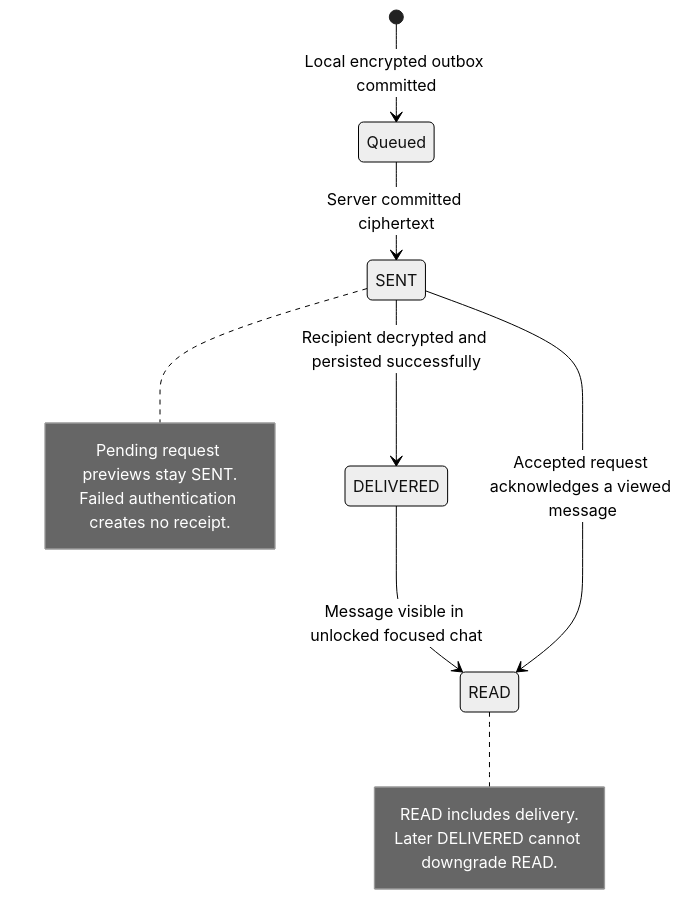
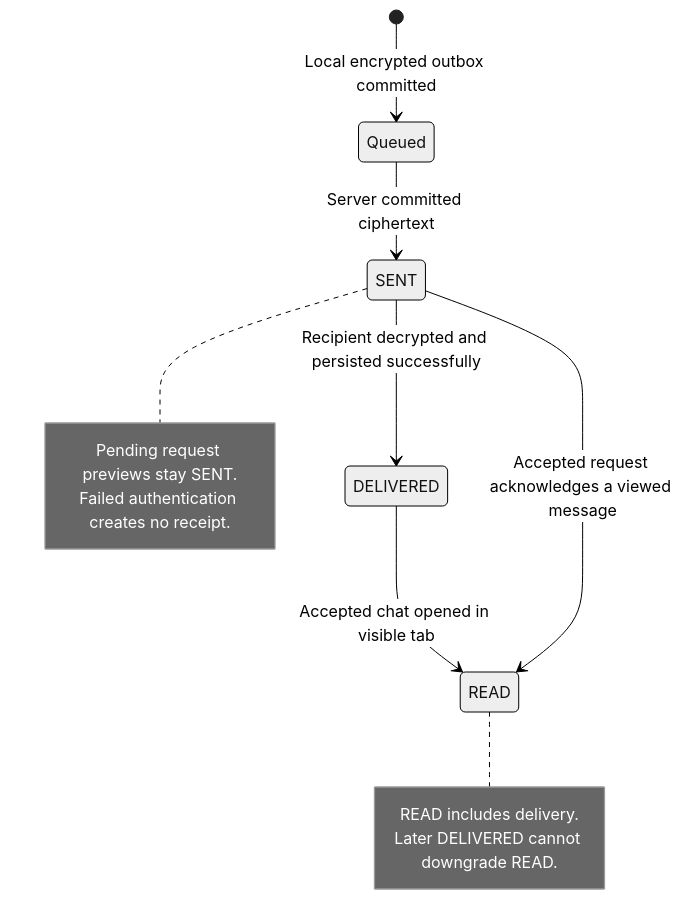
Before and after one commit to kwonnet/kwonserver: the fourth of 7 diagrams in docs/e2ee-messaging-implementation.md, drawn with Mermaid (neutral theme). The commit also changed other lines of this file and 6 other files, not shown here.

````diff
--- a/docs/e2ee-messaging-implementation.md
+++ b/docs/e2ee-messaging-implementation.md
@@ -112,16 +112,16 @@
 ```mermaid
 stateDiagram-v2
   [*] --> Queued: Local encrypted outbox committed
   Queued --> SENT: Server committed ciphertext
   SENT --> DELIVERED: Recipient decrypted and persisted successfully
-  DELIVERED --> READ: Message visible in unlocked focused chat
+  DELIVERED --> READ: Accepted chat opened in visible tab
   SENT --> READ: Accepted request acknowledges a viewed message
   note right of SENT
     Pending request previews stay SENT.
     Failed authentication creates no receipt.
   end note
   note right of READ
     READ includes delivery.
     Later DELIVERED cannot downgrade READ.
   end note
 ```
````
